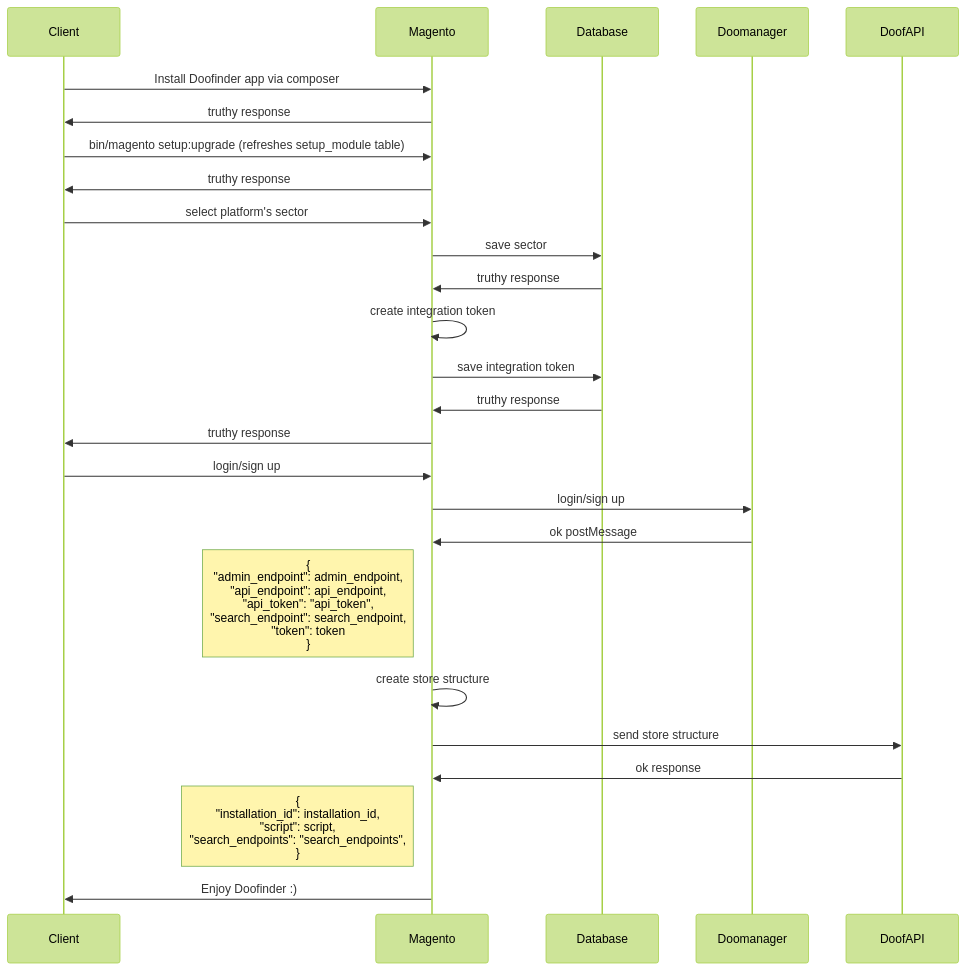
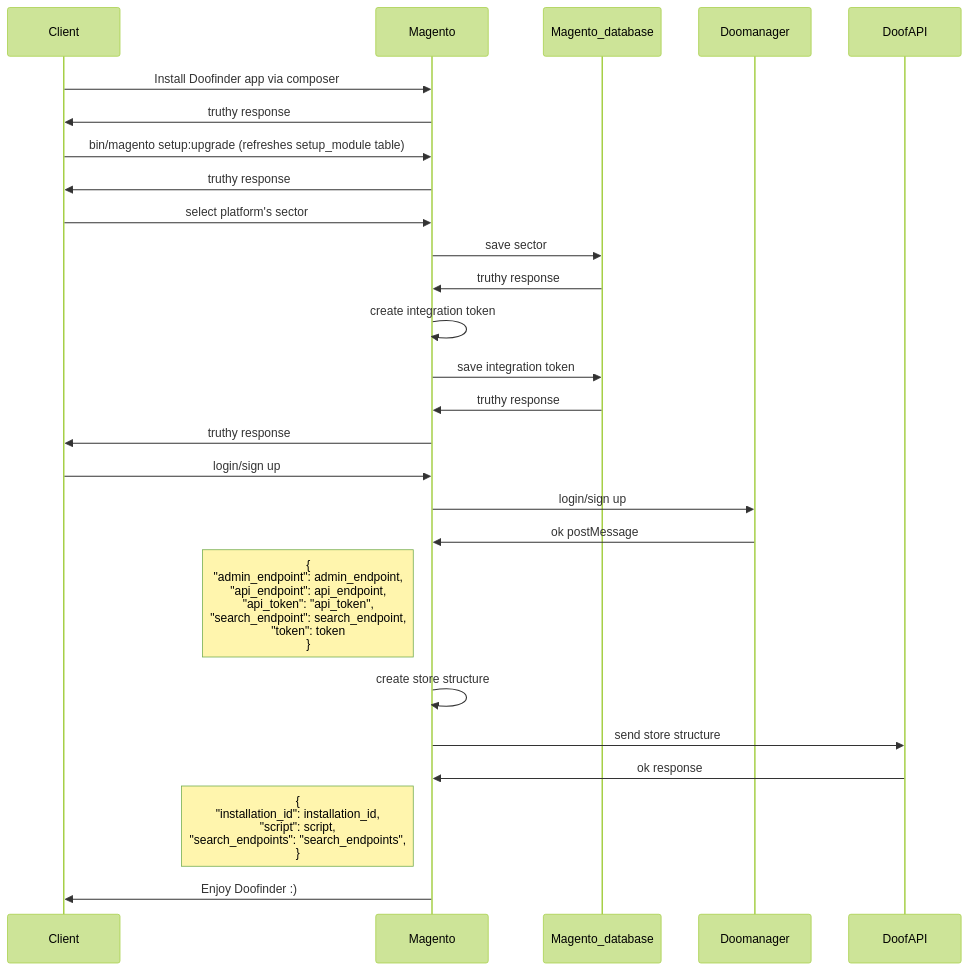
One commit to doofinder/doofinder-magento2 changed the diagram in magento_architecture.md. Above: the diagram before and after it, drawn with Mermaid (forest theme).

Commit message:
Changed magento database name

````diff
--- a/magento_architecture.md
+++ b/magento_architecture.md
@@ -14,23 +14,23 @@
 ```mermaid
 sequenceDiagram
   Client ->> Magento: Install Doofinder app via composer
   Magento ->> Client: truthy response
   Client ->> Magento: bin/magento setup:upgrade (refreshes setup_module table)
   Magento ->> Client: truthy response
   Client ->> Magento: select platform's sector
-  Magento ->> Database: save sector
-  Database ->> Magento: truthy response
+  Magento ->> Magento_database: save sector
+  Magento_database ->> Magento: truthy response
   Magento ->> Magento: create integration token
-  Magento ->> Database: save integration token
-  Database ->> Magento: truthy response
+  Magento ->> Magento_database: save integration token
+  Magento_database ->> Magento: truthy response
   Magento ->> Client: truthy response
   Client ->> Magento: login/sign up
   Magento ->> Doomanager: login/sign up
   Doomanager ->> Magento: ok postMessage
   Note left of Magento: {<br/>"admin_endpoint": admin_endpoint,<br/>"api_endpoint": api_endpoint,<br/>"api_token": "api_token",<br/>"search_endpoint": search_endpoint,<br/>"token": token<br/>}
   Magento ->> Magento: create store structure
   Magento ->> DoofAPI: send store structure
   DoofAPI ->> Magento: ok response
   Note left of Magento: {<br/>"installation_id": installation_id,<br/>"script": script,<br/>"search_endpoints": "search_endpoints",<br/>}
   Magento ->> Client: Enjoy Doofinder :)
 ```
````
